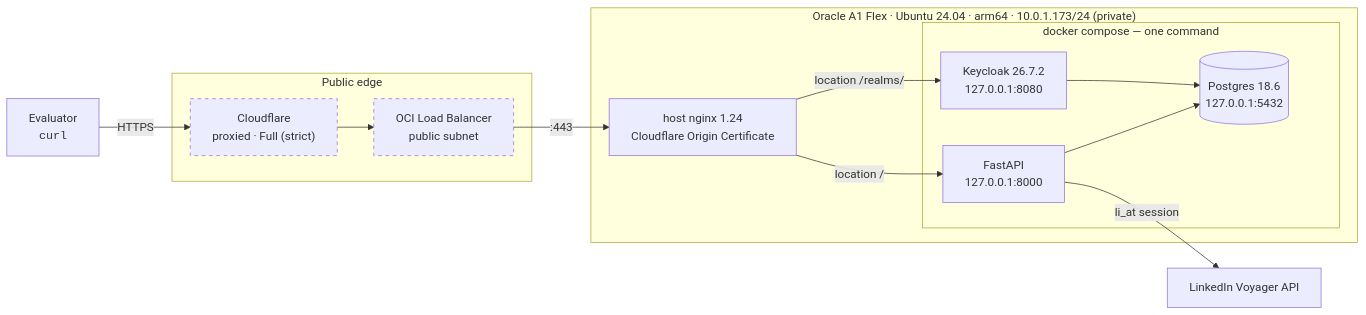
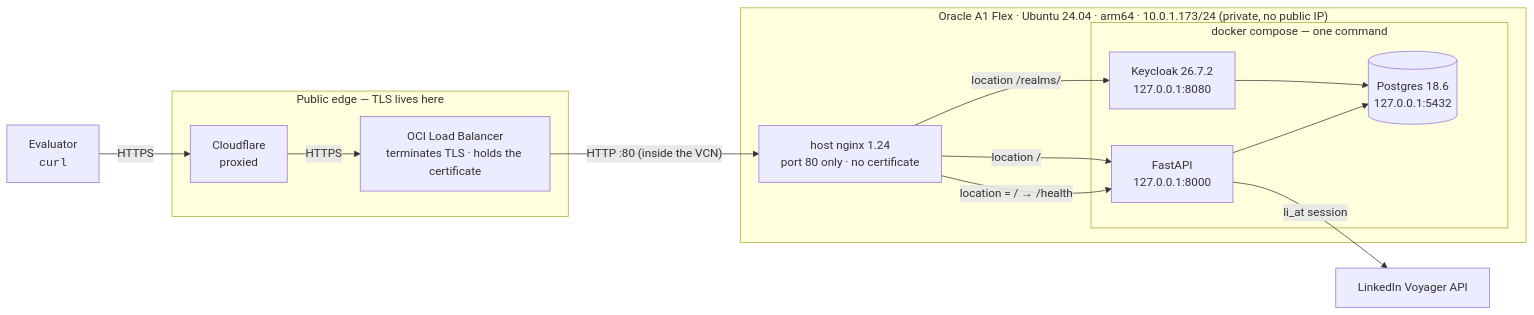
Before and after one commit to shreyasY2k/linkedin-profile-scrapper: the first of 5 diagrams in docs/architecture.md, drawn with Mermaid. The commit also changed other lines of this file and 3 other files, not shown here.

First line of the commit message:
docs: architecture and story 2 reflect TLS at the load balancer

````diff
--- a/docs/architecture.md
+++ b/docs/architecture.md
@@ -9,31 +9,29 @@
 ```mermaid
 flowchart LR
     EV["Evaluator<br/><code>curl</code>"]
 
-    subgraph Edge["Public edge"]
-        CF["Cloudflare<br/>proxied · Full (strict)"]
-        LB["OCI Load Balancer<br/>public subnet"]
+    subgraph Edge["Public edge — TLS lives here"]
+        CF["Cloudflare<br/>proxied"]
+        LB["OCI Load Balancer<br/>terminates TLS · holds the certificate"]
     end
 
-    subgraph Host["Oracle A1 Flex · Ubuntu 24.04 · arm64 · 10.0.1.173/24 (private)"]
-        NGX["host nginx 1.24<br/>Cloudflare Origin Certificate"]
+    subgraph Host["Oracle A1 Flex · Ubuntu 24.04 · arm64 · 10.0.1.173/24 (private, no public IP)"]
+        NGX["host nginx 1.24<br/>port 80 only · no certificate"]
 
         subgraph DC["docker compose — one command"]
             API["FastAPI<br/>127.0.0.1:8000"]
             KC["Keycloak 26.7.2<br/>127.0.0.1:8080"]
             PG[("Postgres 18.6<br/>127.0.0.1:5432")]
         end
     end
 
     LI["LinkedIn Voyager API"]
 
-    EV -->|HTTPS| CF --> LB -->|":443"| NGX
+    EV -->|HTTPS| CF -->|HTTPS| LB -->|"HTTP :80 (inside the VCN)"| NGX
+    NGX -->|"location = / → /health"| API
     NGX -->|"location /"| API
     NGX -->|"location /realms/"| KC
     API --> PG
     KC --> PG
     API -->|"li_at session"| LI
-
-    classDef pending stroke-dasharray: 5 5
-    class CF,LB pending
 ```
````
